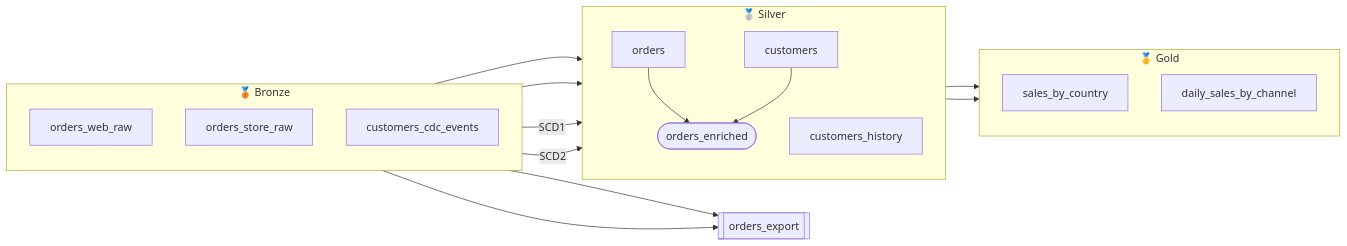
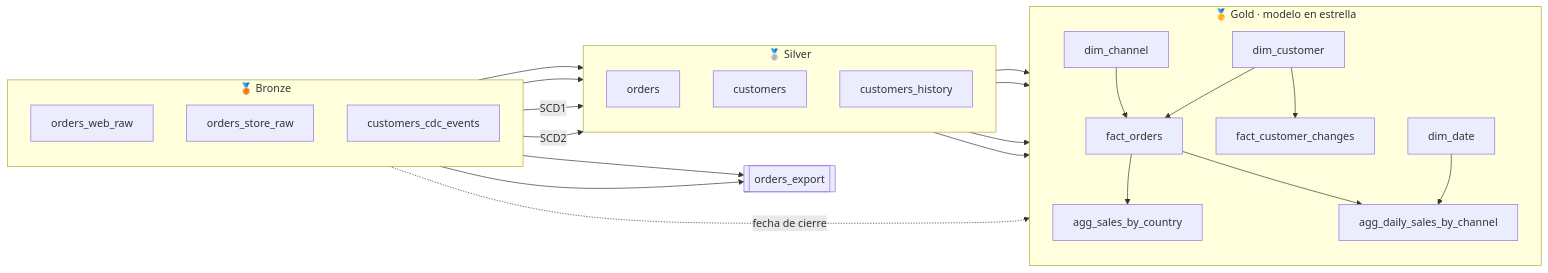
The fifth of 9 diagrams in docs/architecture.md (federicopfund/spark-declarative-pipelines), drawn with Mermaid before and after one commit. The commit also changed other lines of this file and 47 other files, not shown here.

First line of the commit message:
Gold: modelo dimensional en estrella, controles de calidad y estrella en Power BI

````diff
--- a/docs/architecture.md
+++ b/docs/architecture.md
@@ -192,36 +192,47 @@
 ```mermaid
 flowchart LR
     subgraph BRONZE["🥉 Bronze"]
         direction TB
         OWR["orders_web_raw"]
         OSR["orders_store_raw"]
         CCE["customers_cdc_events"]
     end
 
     subgraph SILVER["🥈 Silver"]
         direction TB
         ORD["orders"]
         CUS["customers"]
         HIS["customers_history"]
-        ENR(["orders_enriched"])
     end
 
-    subgraph GOLD["🥇 Gold"]
+    subgraph GOLD["🥇 Gold · modelo en estrella"]
         direction TB
-        SBC["sales_by_country"]
-        DSC["daily_sales_by_channel"]
+        DCH["dim_channel"]
+        DDT["dim_date"]
+        DCU["dim_customer"]
+        FOR["fact_orders"]
+        FCC["fact_customer_changes"]
+        ASC["agg_sales_by_country"]
+        ADS["agg_daily_sales_by_channel"]
     end
 
     EXP[["orders_export"]]
 
     OWR --> ORD
     OSR --> ORD
     CCE -- "SCD1" --> CUS
     CCE -- "SCD2" --> HIS
     OWR --> EXP
     OSR --> EXP
-    ORD --> ENR
-    CUS --> ENR
-    ENR --> SBC
-    ENR --> DSC
+    HIS --> DCU
+    CCE -. "fecha de cierre" .-> DCU
+    ORD --> DDT
+    HIS --> DDT
+    ORD --> FOR
+    DCU --> FOR
+    DCH --> FOR
+    DCU --> FCC
+    FOR --> ASC
+    FOR --> ADS
+    DDT --> ADS
 ```
````
